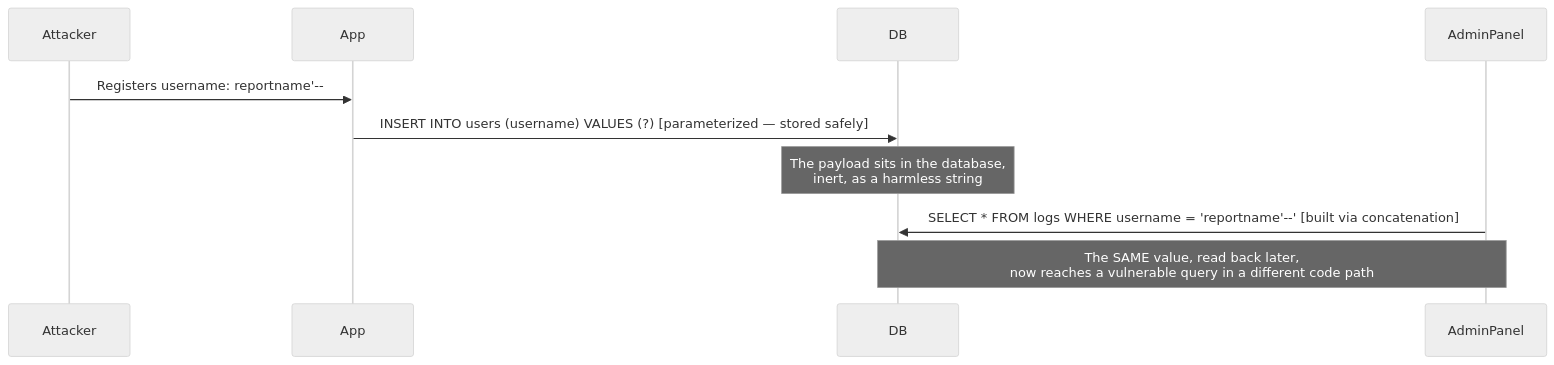
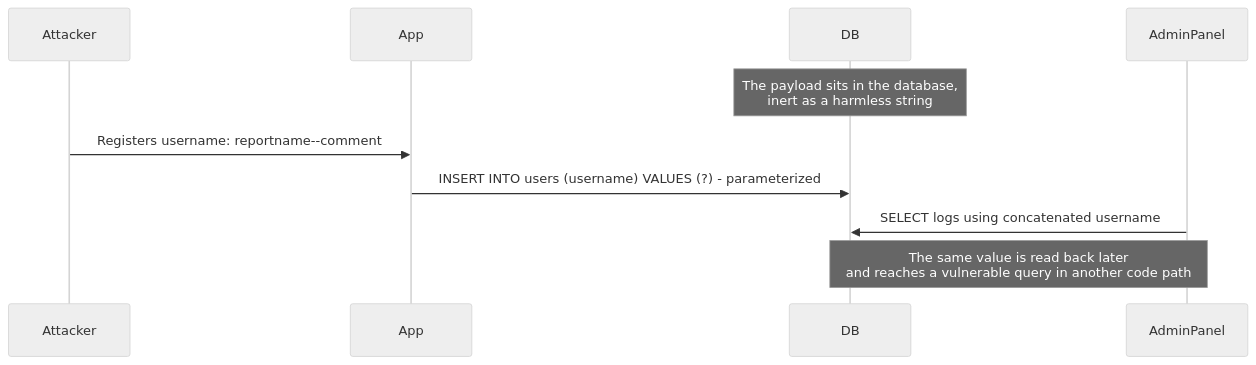
One commit to aw-junaid/bug-bounty changed the eighth of 27 diagrams in resources/vulnerabilties/sql/book/full.md. Above: the diagram before and after it, drawn with Mermaid (neutral theme). The commit also changed other lines of this file, not shown here.

````diff
--- a/resources/vulnerabilties/sql/book/full.md
+++ b/resources/vulnerabilties/sql/book/full.md
@@ -955,13 +955,13 @@
 ```mermaid
 sequenceDiagram
     participant Attacker
     participant App
     participant DB
     participant AdminPanel
 
-    Attacker->>App: Registers username: reportname'--
-    App->>DB: INSERT INTO users (username) VALUES (?)  [parameterized — stored safely]
-    Note over DB: The payload sits in the database,<br/>inert, as a harmless string
-    AdminPanel->>DB: SELECT * FROM logs WHERE username = 'reportname'--' [built via concatenation]
-    Note over AdminPanel,DB: The SAME value, read back later,<br/>now reaches a vulnerable query in a different code path
+    Note over DB: The payload sits in the database,<br/>inert as a harmless string
+    Attacker->>App: Registers username: reportname--comment
+    App->>DB: INSERT INTO users (username) VALUES (?) - parameterized
+    AdminPanel->>DB: SELECT logs using concatenated username
+    Note over AdminPanel,DB: The same value is read back later<br/>and reaches a vulnerable query in another code path
 ```
````
